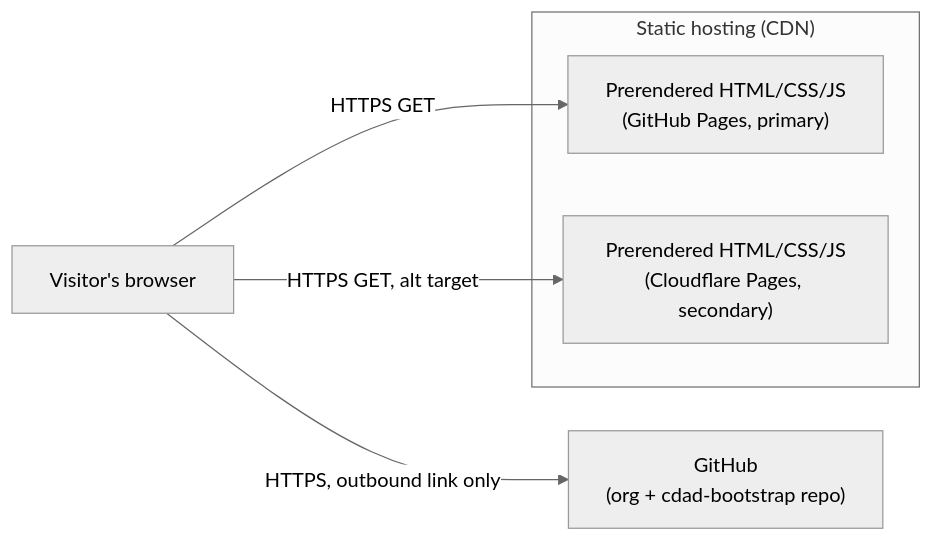
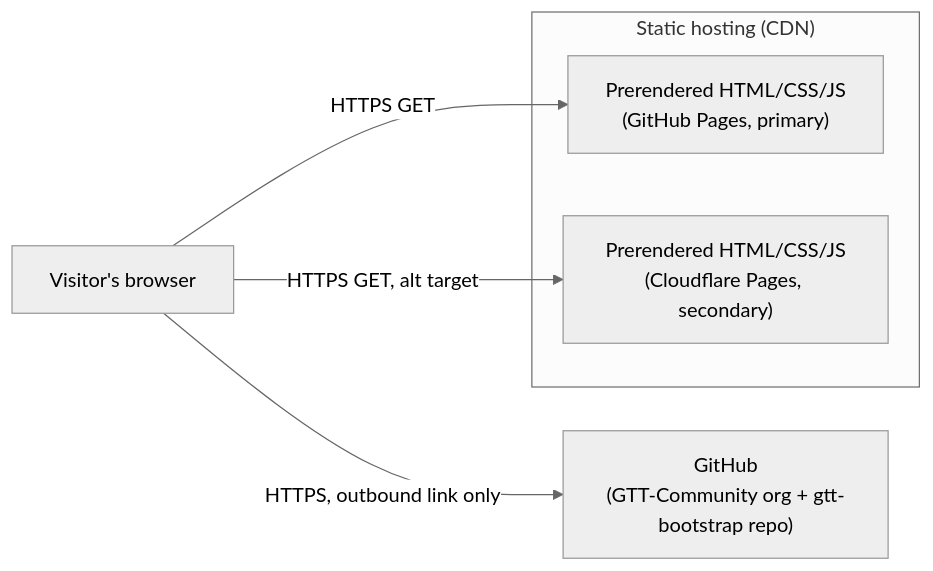
One commit to GTT-Community/gtt-community.github.io changed the first of 2 diagrams in cdad/context/stack.md. Above: the diagram before and after it, drawn with Mermaid (neutral theme). The commit also changed 5 other files, not shown here.

First line of the commit message:
docs(cdad): correct Bootstrap/GitHub org URLs in governed context

````diff
--- a/cdad/context/stack.md
+++ b/cdad/context/stack.md
@@ -40,15 +40,15 @@
 ```mermaid
 flowchart LR
     Browser["Visitor's browser"]
 
     subgraph Static["Static hosting (CDN)"]
         Pages["Prerendered HTML/CSS/JS\n(GitHub Pages, primary)"]
         CFPages["Prerendered HTML/CSS/JS\n(Cloudflare Pages, secondary)"]
     end
 
-    GH["GitHub\n(org + cdad-bootstrap repo)"]
+    GH["GitHub\n(GTT-Community org + gtt-bootstrap repo)"]
 
     Browser -->|HTTPS GET| Pages
     Browser -->|HTTPS GET, alt target| CFPages
     Browser -->|HTTPS, outbound link only| GH
 ```
````
